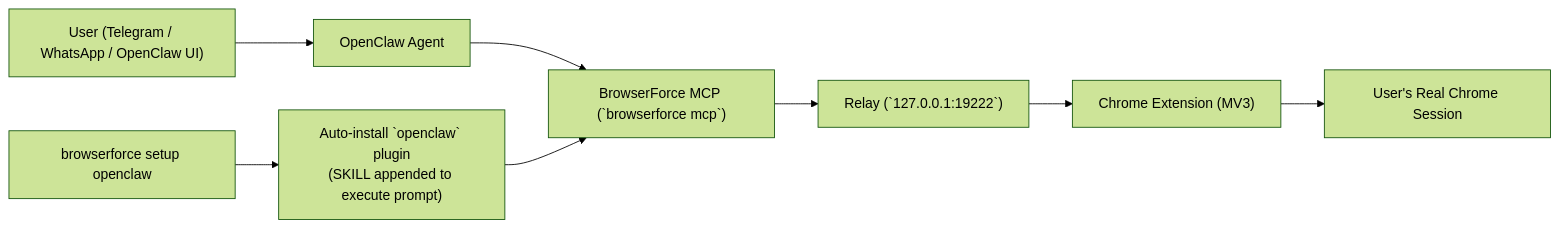
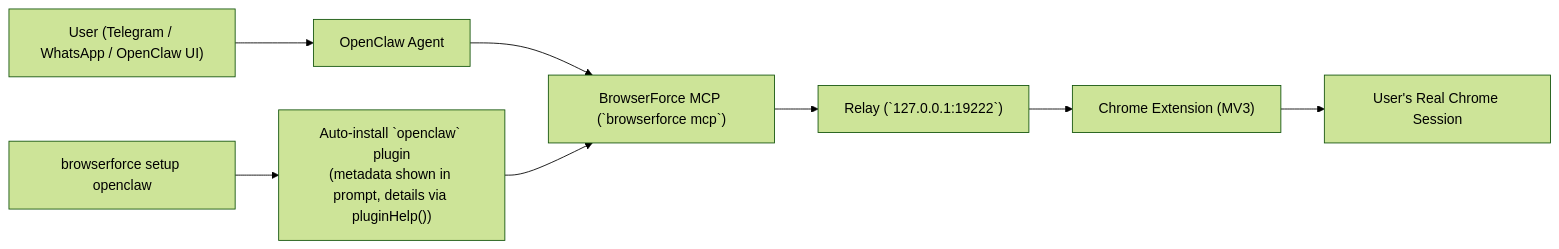
Before and after one commit to ivalsaraj/browserforce: the first of 2 diagrams in README.md, drawn with Mermaid (forest theme). The commit also changed other lines of this file and 12 other files, not shown here.

Commit message:
feat(plugins): metadata-first skill loading and v1 plugin API

````diff
--- a/README.md
+++ b/README.md
@@ -157,10 +157,10 @@
 ```mermaid
 flowchart LR
   U["User (Telegram / WhatsApp / OpenClaw UI)"] --> OA["OpenClaw Agent"]
   OA --> MCP["BrowserForce MCP (`browserforce mcp`)"]
   MCP --> RELAY["Relay (`127.0.0.1:19222`)"]
   RELAY --> EXT["Chrome Extension (MV3)"]
   EXT --> CHROME["User's Real Chrome Session"]
-  SETUP["`browserforce setup openclaw`"] --> PLUGIN["Auto-install `openclaw` plugin\n(SKILL appended to execute prompt)"]
+  SETUP["`browserforce setup openclaw`"] --> PLUGIN["Auto-install `openclaw` plugin\n(metadata shown in prompt, details via pluginHelp())"]
   PLUGIN --> MCP
 ```
````
